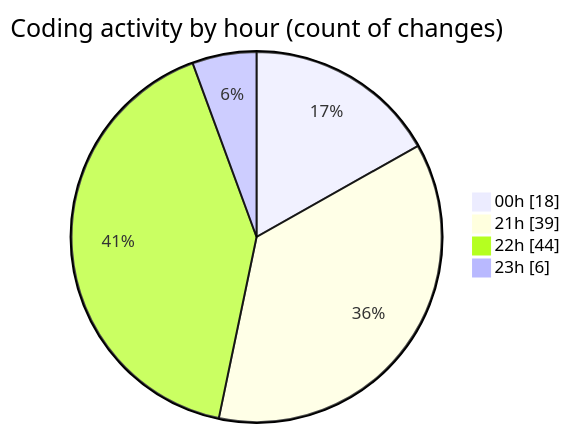
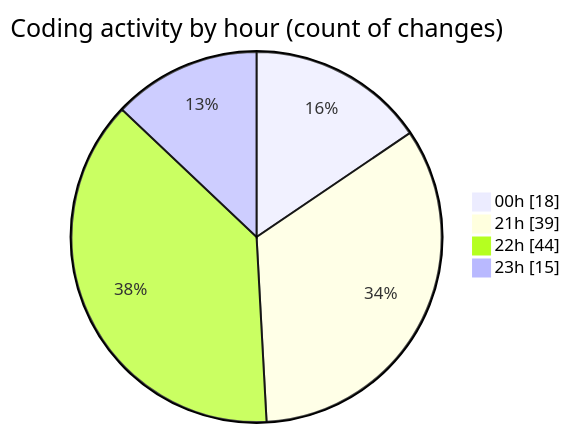
One commit to Netris89/code-tracking changed the second of 2 diagrams in 2025-04-23/echo/README.md. Above: the diagram before and after it, drawn with Mermaid. The commit also changed other lines of this file and 1 other file, not shown here.

````diff
--- a/2025-04-23/echo/README.md
+++ b/2025-04-23/echo/README.md
@@ -32,8 +32,8 @@
 ```mermaid
 pie showData
 title Coding activity by hour (count of changes)
 "00h" : 18
 "21h" : 39
 "22h" : 44
-"23h" : 6
+"23h" : 15
 ```
````
